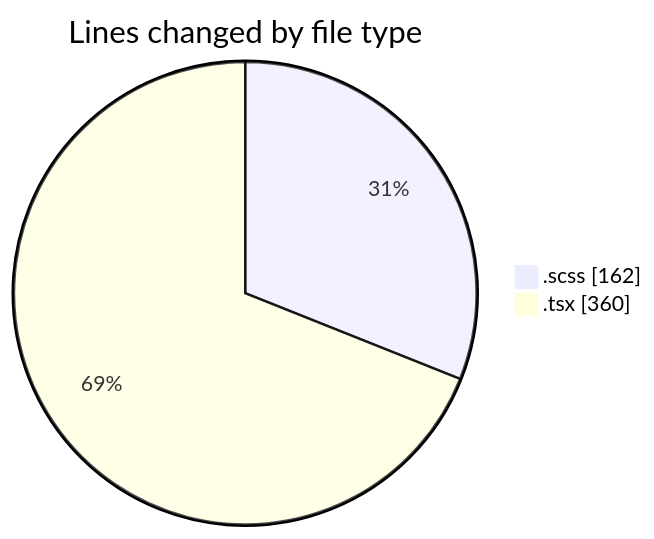
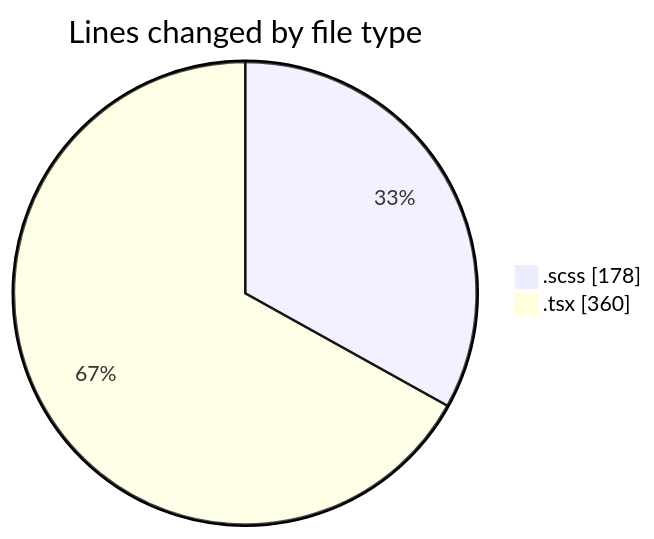
The first of 2 diagrams in 2025-03-28/cda/README.md (momahboobian/code-tracking), drawn with Mermaid before and after one commit. The commit also changed other lines of this file and 1 other file, not shown here.

````diff
--- a/2025-03-28/cda/README.md
+++ b/2025-03-28/cda/README.md
@@ -23,6 +23,6 @@
 ```mermaid
 pie showData
 title Lines changed by file type
-".scss" : 162
+".scss" : 178
 ".tsx" : 360
 ```
````
